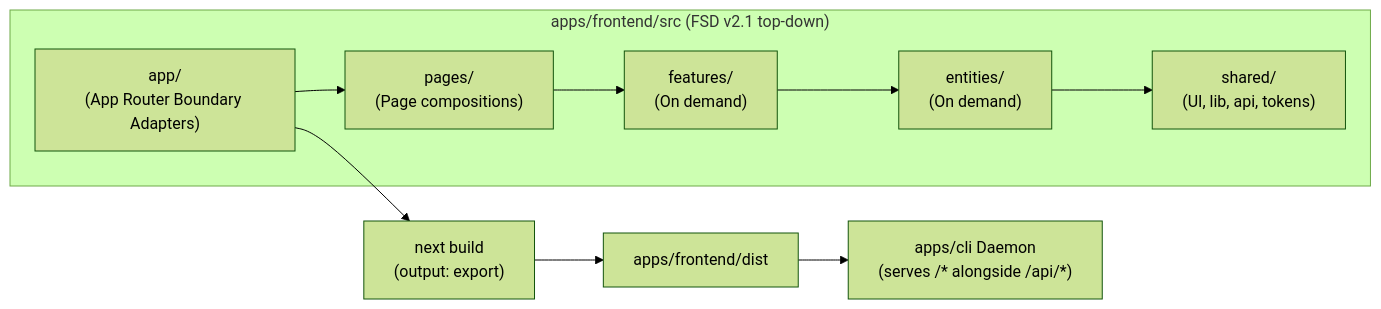
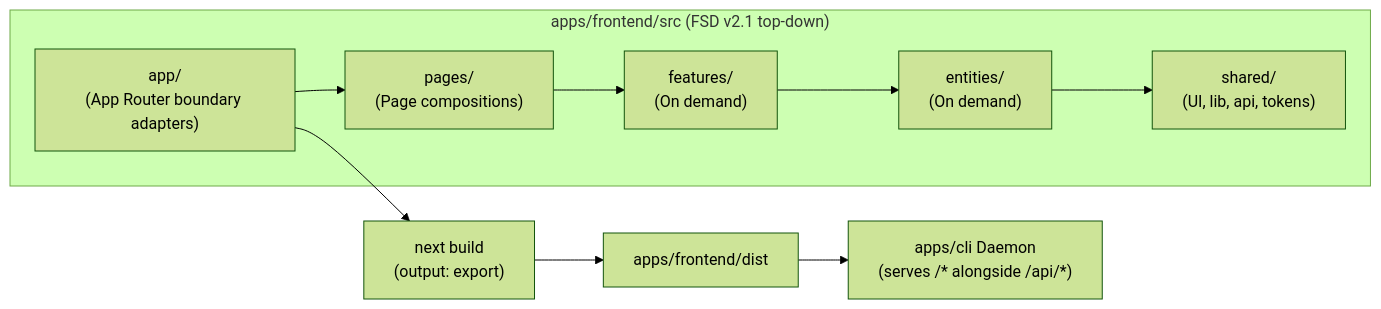
Before and after one commit to ahmedhanye/devtools: the diagram in docs/architecture/frontend.md, drawn with Mermaid (forest theme). The commit also changed other lines of this file and 23 other files, not shown here.

````diff
--- a/docs/architecture/frontend.md
+++ b/docs/architecture/frontend.md
@@ -7,13 +7,13 @@
 ```mermaid
 flowchart LR
   subgraph FSD ["apps/frontend/src (FSD v2.1 top-down)"]
-    App["app/<br/>(App Router Boundary Adapters)"] --> Pages["pages/<br/>(Page compositions)"]
+    App["app/<br/>(App Router boundary adapters)"] --> Pages["pages/<br/>(Page compositions)"]
     Pages --> Features["features/<br/>(On demand)"]
     Features --> Entities["entities/<br/>(On demand)"]
     Entities --> Shared["shared/<br/>(UI, lib, api, tokens)"]
   end
 
   App --> Build["next build<br/>(output: export)"]
   Build --> Dist["apps/frontend/dist"]
   Dist --> Daemon["apps/cli Daemon<br/>(serves /* alongside /api/*)"]
 ```
````
